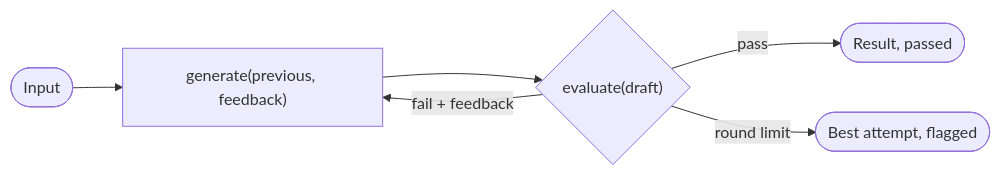
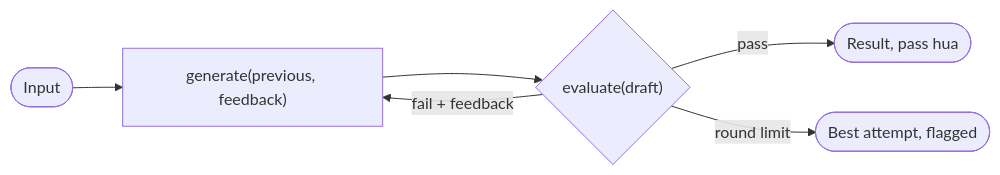
Before and after one commit to asmustechno/agentic-ai-notes: the diagram in docs/09-agent-design-patterns/09.5-evaluator-optimizer.md, drawn with Mermaid. The commit also changed other lines of this file and 135 other files, not shown here.

````diff
--- a/docs/09-agent-design-patterns/09.5-evaluator-optimizer.md
+++ b/docs/09-agent-design-patterns/09.5-evaluator-optimizer.md
@@ -39,8 +43,8 @@
 ```mermaid
 flowchart LR
     IN([Input]) --> GEN["generate(previous, feedback)"]
     GEN --> EV{"evaluate(draft)"}
     EV -->|"fail + feedback"| GEN
-    EV -->|pass| OUT([Result, passed])
-    EV -->|"round limit"| BEST([Best attempt, flagged])
+    EV -->|pass| OUT(["Result, pass hua"])
+    EV -->|"round limit"| BEST(["Best attempt, flagged"])
 ```
````
